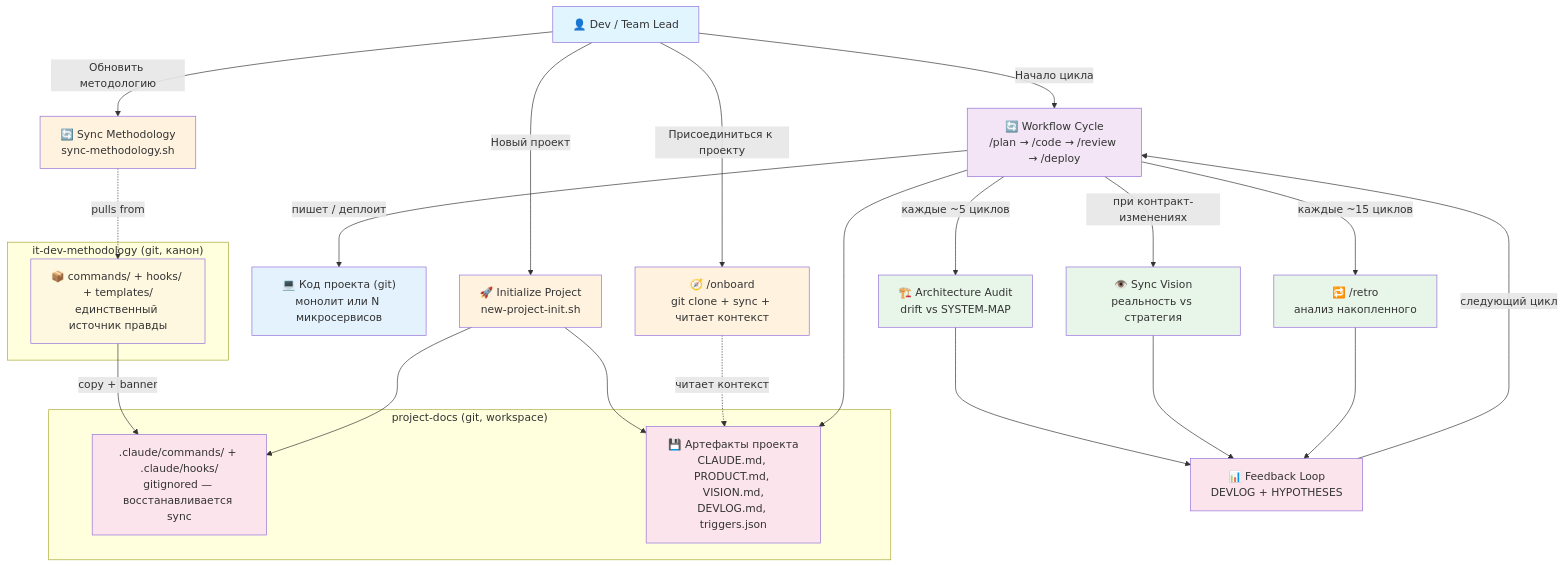
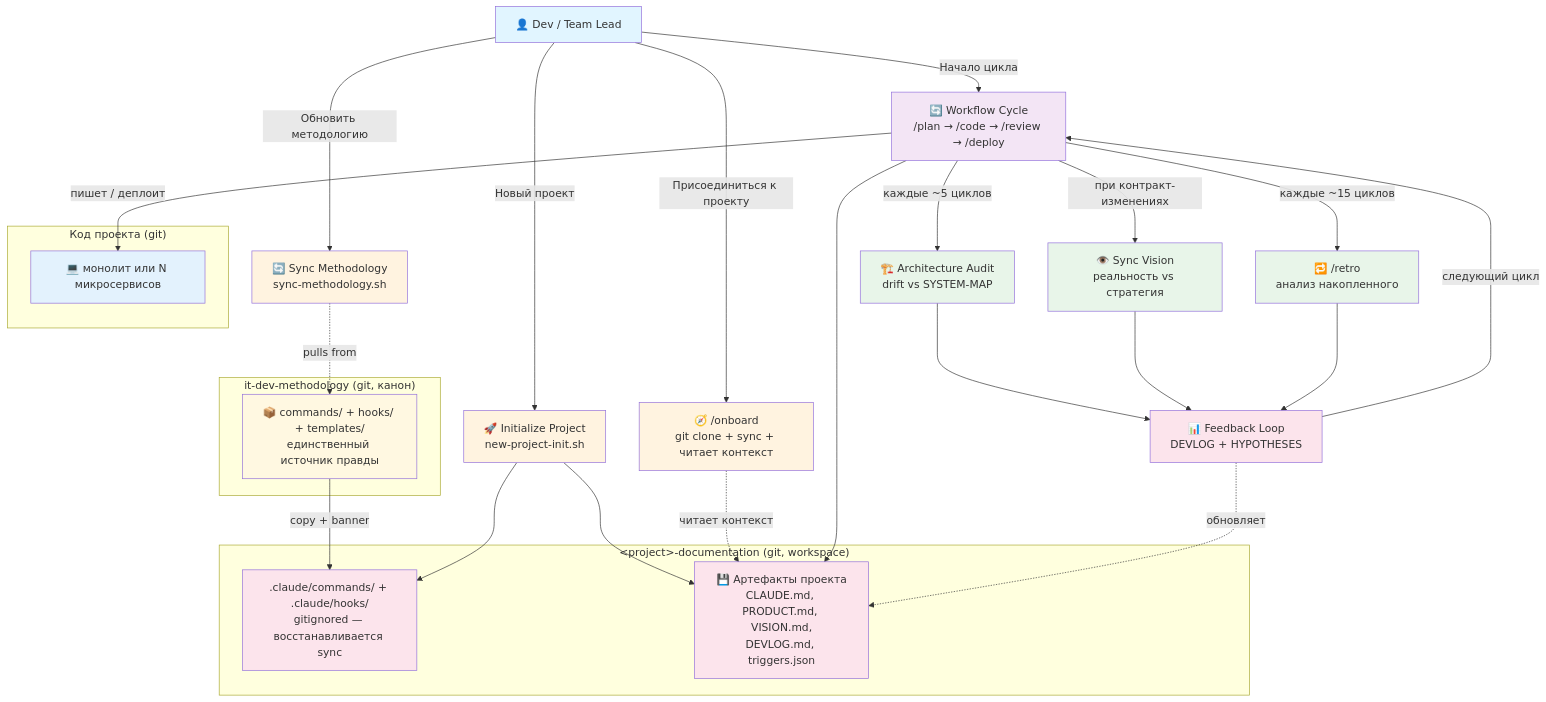
One commit to cait-solutions/it-dev-methodology changed the diagram in docs/product/USER-MAP.md. Above: the diagram before and after it, drawn with Mermaid.

Commit message:
fix(user-map): three equal git subgraphs + feedback writes to storage [methodology]
- Renamed DocRepo subgraph to <project>-documentation (git, workspace)
- Made Код проекта a subgraph — all three git repos visually equal
- Added Feedback -.-> Storage arrow (feedback loop updates DEVLOG + HYPOTHESES)

````diff
--- a/docs/product/USER-MAP.md
+++ b/docs/product/USER-MAP.md
@@ -24,51 +24,54 @@
 ```mermaid
 graph TD
     Dev["👤 Dev / Team Lead"]
 
     subgraph Methodology["it-dev-methodology (git, канон)"]
         Canon["📦 commands/ + hooks/ + templates/<br/>единственный источник правды"]
     end
 
-    subgraph DocRepo["project-docs (git, workspace)"]
+    subgraph DocRepo["&lt;project&gt;-documentation (git, workspace)"]
         LocalCmds[".claude/commands/ + .claude/hooks/<br/>gitignored — восстанавливается sync"]
         Storage["💾 Артефакты проекта<br/>CLAUDE.md, PRODUCT.md, VISION.md,<br/>DEVLOG.md, triggers.json"]
     end
 
-    Services["💻 Код проекта (git)<br/>монолит или N микросервисов"]
+    subgraph CodeRepos["Код проекта (git)"]
+        Services["💻 монолит или N микросервисов"]
+    end
 
     Dev -->|"Новый проект"| Init["🚀 Initialize Project<br/>new-project-init.sh"]
     Dev -->|"Присоединиться к проекту"| Onboard["🧭 /onboard<br/>git clone + sync + читает контекст"]
     Dev -->|"Начало цикла"| Workflow["🔄 Workflow Cycle<br/>/plan → /code → /review → /deploy"]
     Dev -->|"Обновить методологию"| Sync["🔄 Sync Methodology<br/>sync-methodology.sh"]
 
     Sync -.->|"pulls from"| Canon
     Canon -->|"copy + banner"| LocalCmds
     Init --> LocalCmds
     Init --> Storage
     Onboard -.->|"читает контекст"| Storage
     Workflow --> Storage
     Workflow -->|"пишет / деплоит"| Services
 
     Workflow -->|"каждые ~5 циклов"| Audit["🏗️ Architecture Audit<br/>drift vs SYSTEM-MAP"]
     Workflow -->|"при контракт-изменениях"| Vision["👁️ Sync Vision<br/>реальность vs стратегия"]
     Workflow -->|"каждые ~15 циклов"| Retro["🔁 /retro<br/>анализ накопленного"]
 
     Audit --> Feedback["📊 Feedback Loop<br/>DEVLOG + HYPOTHESES"]
     Vision --> Feedback
     Retro --> Feedback
+    Feedback -.->|"обновляет"| Storage
     Feedback -->|"следующий цикл"| Workflow
 
     style Dev fill:#e1f5ff
     style Init fill:#fff3e0
     style Onboard fill:#fff3e0
     style Workflow fill:#f3e5f5
     style Sync fill:#fff3e0
     style Canon fill:#fff8e1
     style LocalCmds fill:#fce4ec
     style Storage fill:#fce4ec
     style Services fill:#e3f2fd
     style Audit fill:#e8f5e9
     style Vision fill:#e8f5e9
     style Retro fill:#e8f5e9
     style Feedback fill:#fce4ec
 ```
````
